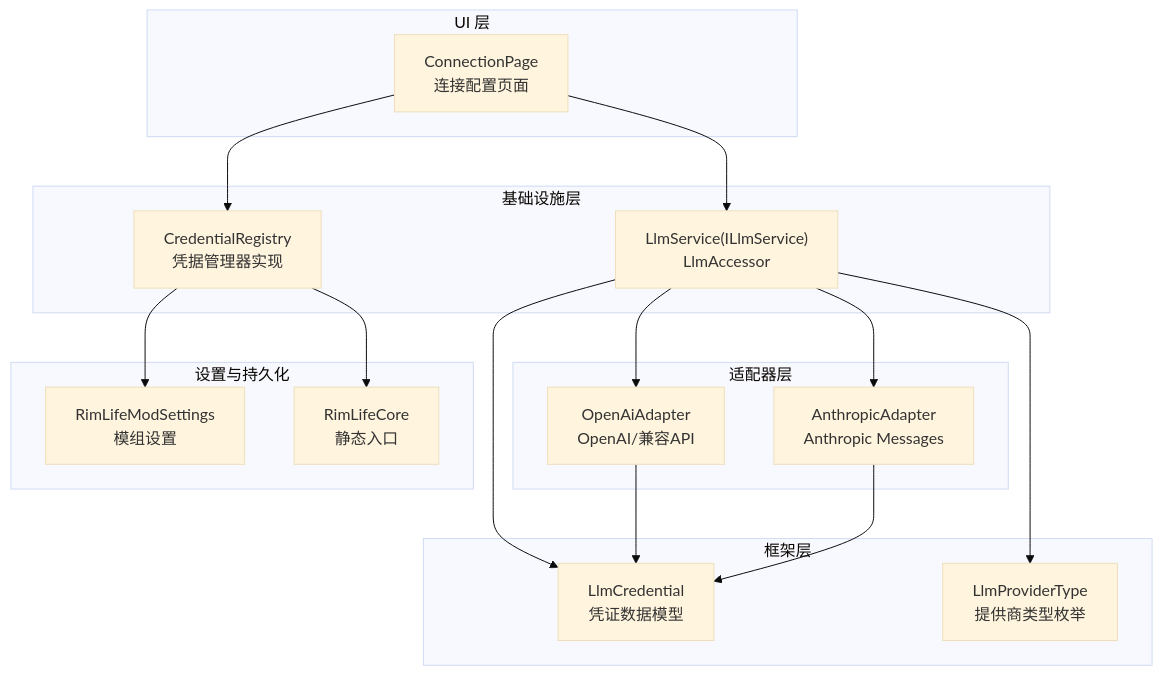
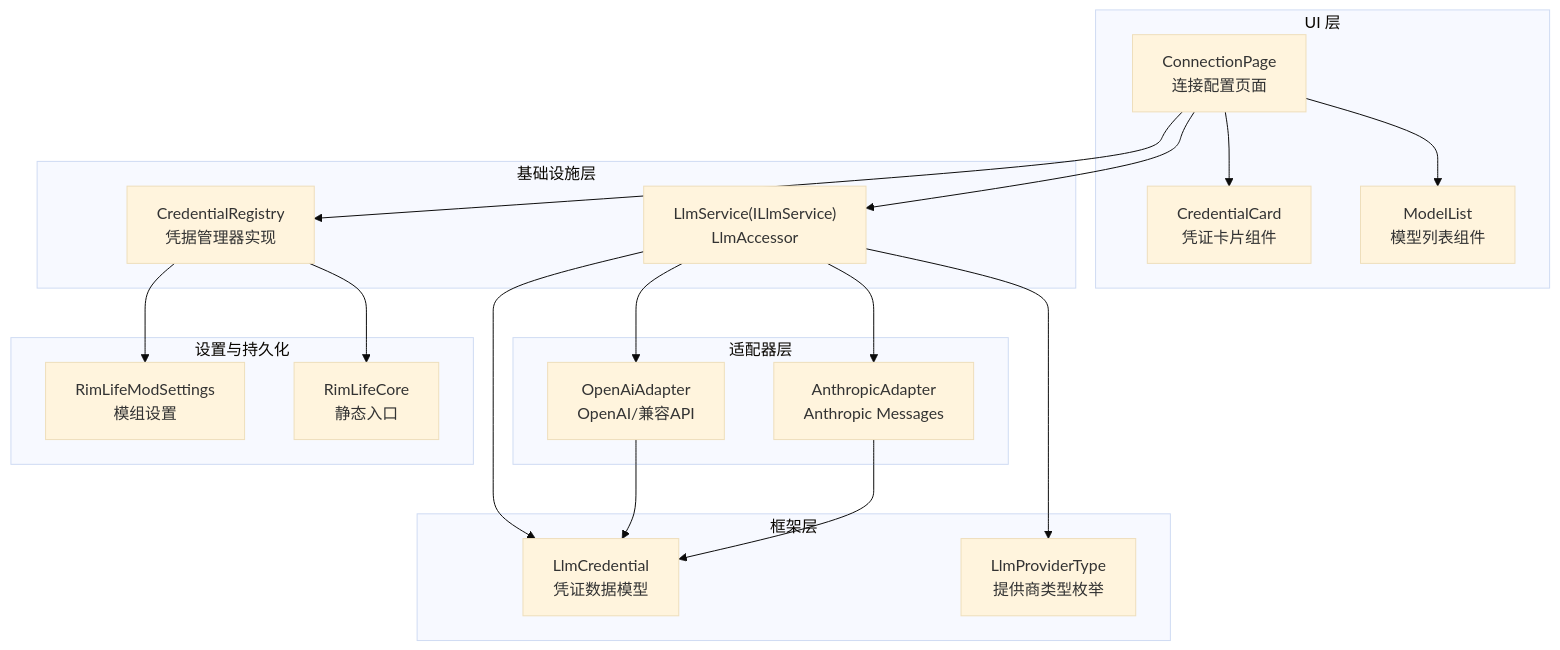
One commit to suzvka/RimLife changed the first of 10 diagrams in .qoder/repowiki/zh/content/用户界面系统/连接配置页面.md. Above: the diagram before and after it, drawn with Mermaid (base theme). The commit also changed other lines of this file and 19 other files, not shown here.

````diff
--- a/.qoder/repowiki/zh/content/用户界面系统/连接配置页面.md
+++ b/.qoder/repowiki/zh/content/用户界面系统/连接配置页面.md
@@ -36,32 +45,36 @@
 ```mermaid
 graph TB
 subgraph "UI 层"
 CP["ConnectionPage<br/>连接配置页面"]
+CC["CredentialCard<br/>凭证卡片组件"]
+ML["ModelList<br/>模型列表组件"]
 end
 subgraph "基础设施层"
 CR["CredentialRegistry<br/>凭据管理器实现"]
 LS["LlmService(ILlmService)<br/>LlmAccessor"]
 end
 subgraph "适配器层"
 OA["OpenAiAdapter<br/>OpenAI/兼容API"]
 AA["AnthropicAdapter<br/>Anthropic Messages"]
 end
 subgraph "框架层"
 LC["LlmCredential<br/>凭证数据模型"]
 PT["LlmProviderType<br/>提供商类型枚举"]
 end
 subgraph "设置与持久化"
 RM["RimLifeModSettings<br/>模组设置"]
 RC["RimLifeCore<br/>静态入口"]
 end
+CP --> CC
+CP --> ML
 CP --> CR
 CP --> LS
 LS --> OA
 LS --> AA
 CR --> RM
 CR --> RC
 LS --> LC
 OA --> LC
 AA --> LC
 LS --> PT
 ```
````
